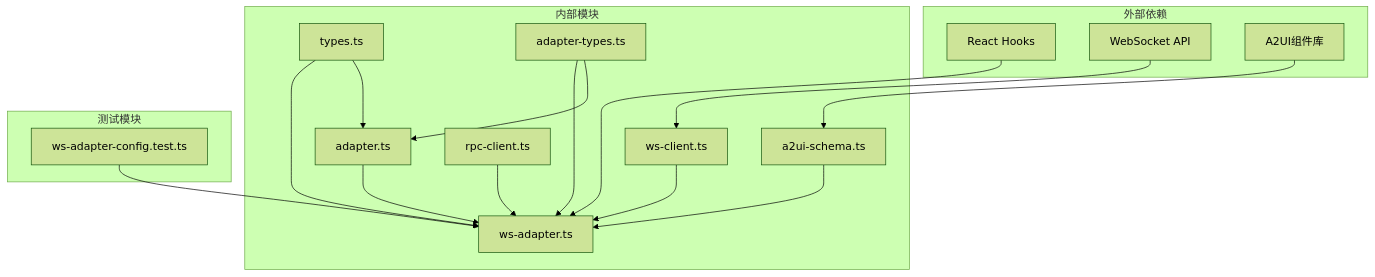
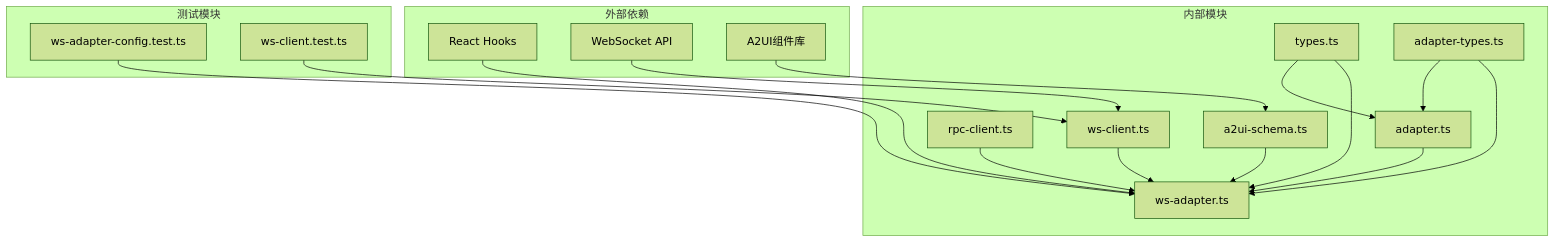
The tenth of 10 diagrams in .qoder/repowiki/zh/content/网关通信层/WebSocket适配器.md (WW-AI-Lab/openclaw-office), drawn with Mermaid (forest theme) before and after one commit. The commit also changed other lines of this file and 9 other files, not shown here.

````diff
--- a/.qoder/repowiki/zh/content/网关通信层/WebSocket适配器.md
+++ b/.qoder/repowiki/zh/content/网关通信层/WebSocket适配器.md
@@ -505,32 +511,34 @@
 ```mermaid
 graph TD
 subgraph "外部依赖"
 React[React Hooks]
 WebSocketAPI[WebSocket API]
 A2UIComponents[A2UI组件库]
 end
 subgraph "内部模块"
 Adapter[adapter.ts]
 WsAdapter[ws-adapter.ts]
 WsClient[ws-client.ts]
 RpcClient[rpc-client.ts]
 Types[types.ts]
 AdapterTypes[adapter-types.ts]
 A2UISchema[a2ui-schema.ts]
 end
 subgraph "测试模块"
 Tests[ws-adapter-config.test.ts]
+WsClientTests[ws-client.test.ts]
 end
 React --> WsAdapter
 WebSocketAPI --> WsClient
 A2UIComponents --> A2UISchema
 Adapter --> WsAdapter
 AdapterTypes --> WsAdapter
 Types --> WsAdapter
 WsClient --> WsAdapter
 RpcClient --> WsAdapter
 AdapterTypes --> Adapter
 Types --> Adapter
 A2UISchema --> WsAdapter
 Tests --> WsAdapter
+WsClientTests --> WsClient
 ```
````
